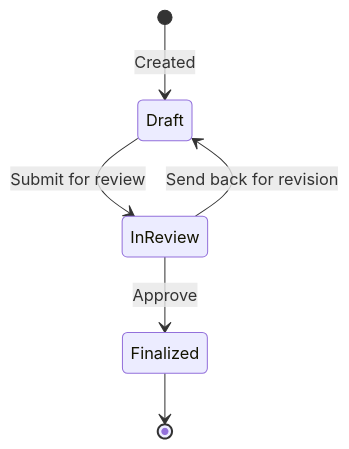
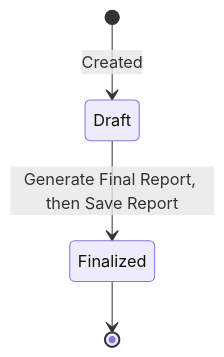
Before and after one commit to sampadadiwan/IRM_CompanyMain: the second of 2 diagrams in docs/user_guides/ai_features_user_guide.md, drawn with Mermaid. The commit also changed other lines of this file and 135 other files, not shown here.

````diff
--- a/docs/user_guides/ai_features_user_guide.md
+++ b/docs/user_guides/ai_features_user_guide.md
@@ -187,8 +191,6 @@
 ```mermaid
 stateDiagram-v2
     [*] --> Draft: Created
-    Draft --> InReview: Submit for review
-    InReview --> Draft: Send back for revision
-    InReview --> Finalized: Approve
+    Draft --> Finalized: Generate Final Report, then Save Report
     Finalized --> [*]
 ```
````
